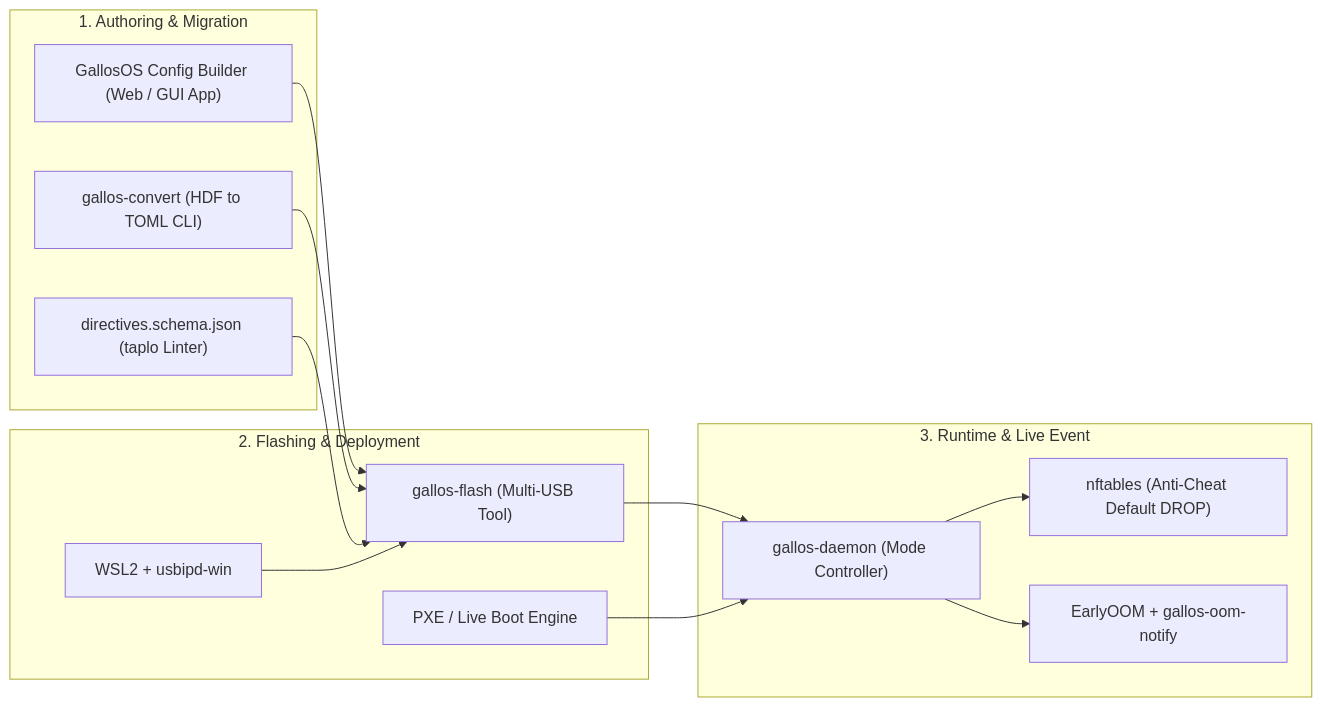
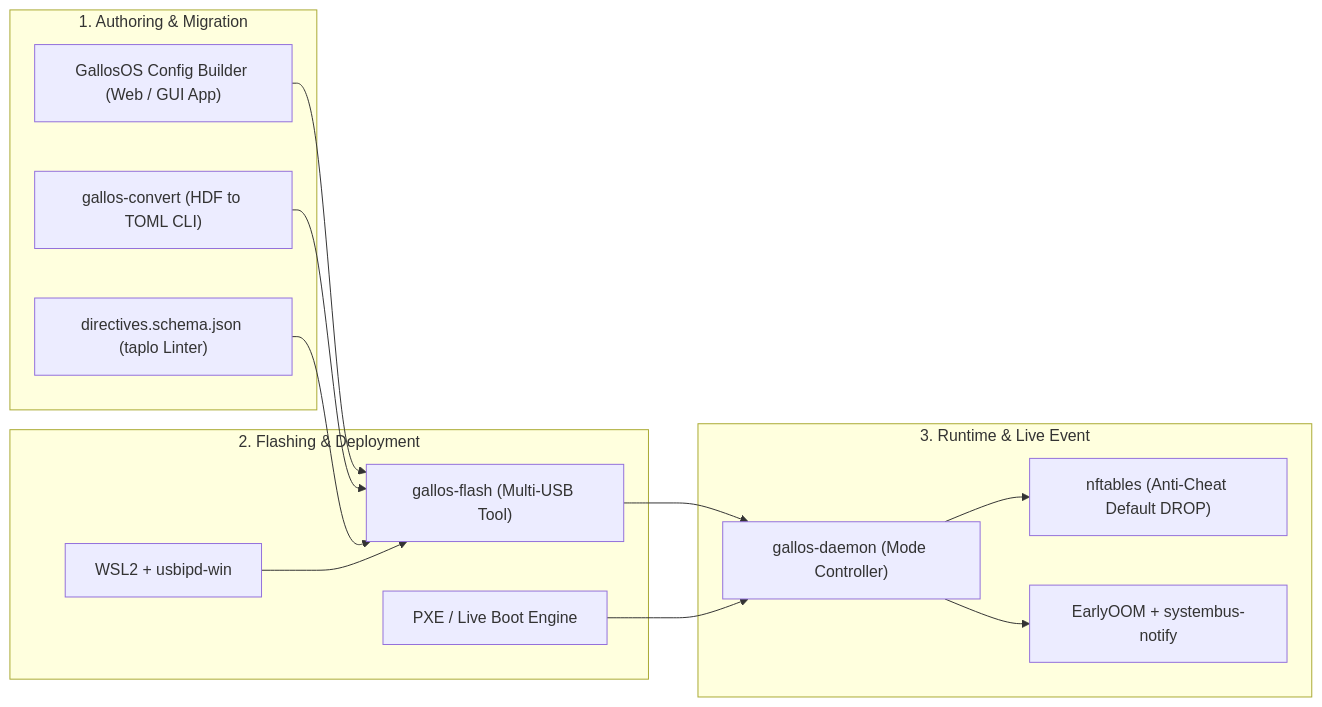
One commit to CPC-GALLOS/GallosOS changed the first of 3 diagrams in docs/CONFIG_SPEC.md. Above: the diagram before and after it, drawn with Mermaid. The commit also changed 4 other files, not shown here.

First line of the commit message:
docs(oom): adopt upstream earlyoom -n + systembus-notify over custom script

````diff
--- a/docs/CONFIG_SPEC.md
+++ b/docs/CONFIG_SPEC.md
@@ -116,29 +116,29 @@
 ```mermaid
 graph LR
     subgraph "1. Authoring & Migration"
         Studio["GallosOS Config Builder (Web / GUI App)"]
         Convert["gallos-convert (HDF to TOML CLI)"]
         Schema["directives.schema.json (taplo Linter)"]
     end
 
     subgraph "2. Flashing & Deployment"
         Flasher["gallos-flash (Multi-USB Tool)"]
         WSL["WSL2 + usbipd-win"]
         Netboot["PXE / Live Boot Engine"]
     end
 
     subgraph "3. Runtime & Live Event"
         Daemon["gallos-daemon (Mode Controller)"]
         Firewall["nftables (Anti-Cheat Default DROP)"]
-        OOM["EarlyOOM + gallos-oom-notify"]
+        OOM["EarlyOOM + systembus-notify"]
     end
 
     Studio --> Flasher
     Convert --> Flasher
     Schema --> Flasher
     Flasher --> Daemon
     WSL --> Flasher
     Netboot --> Daemon
     Daemon --> Firewall
     Daemon --> OOM
 ```
````
